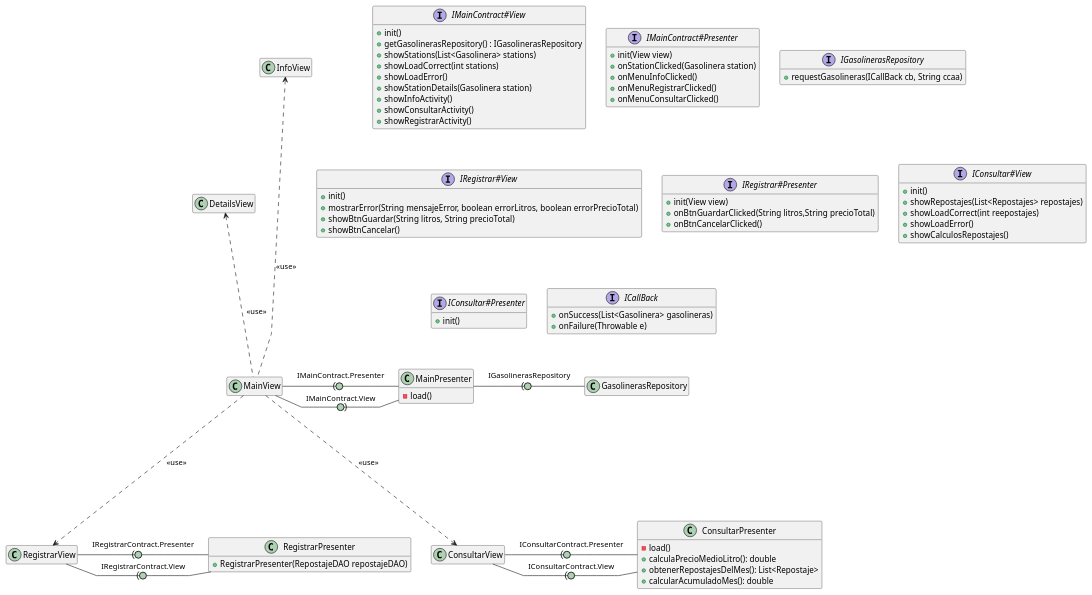
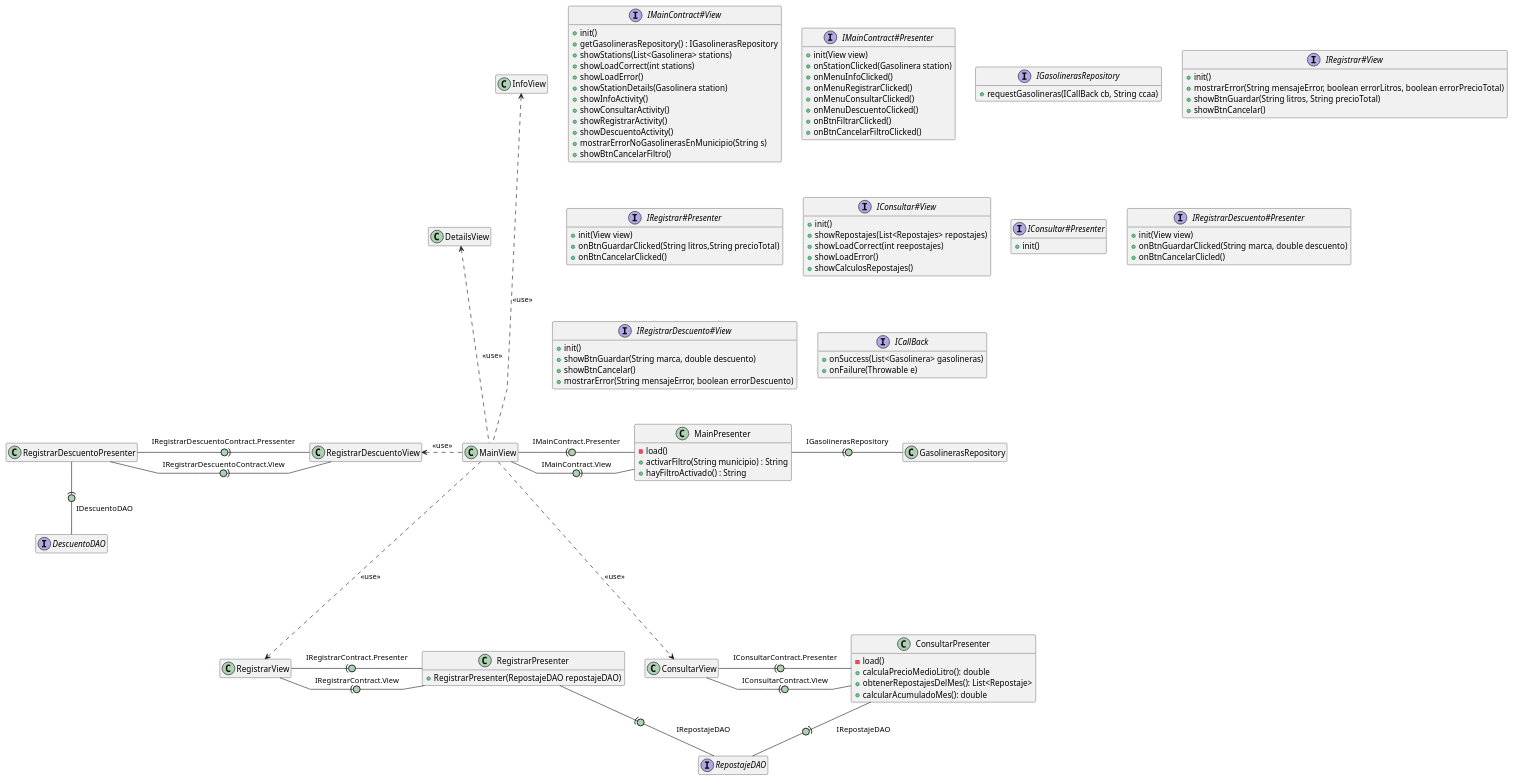
Before and after one commit to isunican/App-Gasolineras-Grupo3: the diagram in Docs/Models/architecture.puml, drawn with PlantUML. The commit also changed 2 other files, not shown here.

Commit message:
Actualizados diagramas UML

```diff
--- a/Docs/Models/architecture.puml
+++ b/Docs/Models/architecture.puml
@@ -1,96 +1,130 @@
-@startuml clases
-
+@startuml
 hide empty members
 skinparam linetype polyline
 skinparam arrowLollipopColor #ADD1B2
 
 MainView -right(0- MainPresenter : IMainContract.Presenter
 MainView -right0)- MainPresenter : IMainContract.View
 MainView -up..-> InfoView : <<use>>
 MainView -down..-> ConsultarView : <<use>>
 MainView -down..->RegistrarView : <<use>>
+MainView -left..->RegistrarDescuentoView : <<use>>
 MainView -up..> DetailsView : <<use>>
 MainPresenter -right(0- GasolinerasRepository : IGasolinerasRepository
+RegistrarPresenter -down(0- RepostajeDAO : IRepostajeDAO
+ConsultarPresenter -down(0- RepostajeDAO : IRepostajeDAO
+RegistrarDescuentoPresenter -down(0- DescuentoDAO : IDescuentoDAO
 RegistrarView -right(0- RegistrarPresenter : IRegistrarContract.Presenter
 RegistrarView -right(0- RegistrarPresenter : IRegistrarContract.View
 ConsultarView -right(0- ConsultarPresenter : IConsultarContract.Presenter
 ConsultarView -right(0- ConsultarPresenter : IConsultarContract.View
+RegistrarDescuentoView -left(0- RegistrarDescuentoPresenter : IRegistrarDescuentoContract.View
+RegistrarDescuentoView -left(0- RegistrarDescuentoPresenter : IRegistrarDescuentoContract.Pressenter
 
 
 class MainPresenter {
-    -load()
+    - load()
+    + activarFiltro(String municipio) : String
+    + hayFiltroActivado() : String 
 }
 
 class RegistrarPresenter {
     + RegistrarPresenter(RepostajeDAO repostajeDAO)
 
 }
 class ConsultarPresenter {
     - load()
     + calculaPrecioMedioLitro(): double
     + obtenerRepostajesDelMes(): List<Repostaje>
     + calcularAcumuladoMes(): double
 }
 
+class RegistrarDescuentoPresenter {
+    
+}
+
 
 interface IMainContract#View {
     + init()
     + getGasolinerasRepository() : IGasolinerasRepository
     + showStations(List<Gasolinera> stations)
     + showLoadCorrect(int stations)
     + showLoadError()
     + showStationDetails(Gasolinera station)
     + showInfoActivity()
     + showConsultarActivity()
     + showRegistrarActivity()
+    + showDescuentoActivity()
+    + mostrarErrorNoGasolinerasEnMunicipio(String s)
+    + showBtnCancelarFiltro()
 
 }
 
 interface IMainContract#Presenter {
     + init(View view)
     + onStationClicked(Gasolinera station)
     + onMenuInfoClicked()
     + onMenuRegistrarClicked()
     + onMenuConsultarClicked()
+    + onMenuDescuentoClicked()
+    + onBtnFiltrarClicked()
+    + onBtnCancelarFiltroClicked()
 }
 
 interface IGasolinerasRepository {
     + requestGasolineras(ICallBack cb, String ccaa)
 }
 
 
 interface IRegistrar#View {
     + init()
     + mostrarError(String mensajeError, boolean errorLitros, boolean errorPrecioTotal)
     +showBtnGuardar(String litros, String precioTotal)
     +showBtnCancelar()
 }
 
 interface IRegistrar#Presenter {
     + init(View view)
     + onBtnGuardarClicked(String litros,String precioTotal)
     + onBtnCancelarClicked()
 }
 
 interface IConsultar#View {
     + init()
     + showRepostajes(List<Repostajes> repostajes)
     + showLoadCorrect(int reepostajes)
     + showLoadError()
     + showCalculosRepostajes()
     
 }
 
 interface IConsultar#Presenter {
     + init()
 }
 
+interface IRegistrarDescuento#Presenter {
+    + init(View view)
+    + onBtnGuardarClicked(String marca, double descuento)
+    + onBtnCancelarClicled()
+}
+
+interface IRegistrarDescuento#View {
+    + init()
+    + showBtnGuardar(String marca, double descuento)
+    + showBtnCancelar()
+    + mostrarError(String mensajeError, boolean errorDescuento)
+}
+
 
 
 interface ICallBack {
     + onSuccess(List<Gasolinera> gasolineras)
     + onFailure(Throwable e)
 }
 
+interface RepostajeDAO {
+}
 
+interface DescuentoDAO {
+}
 @enduml
```
